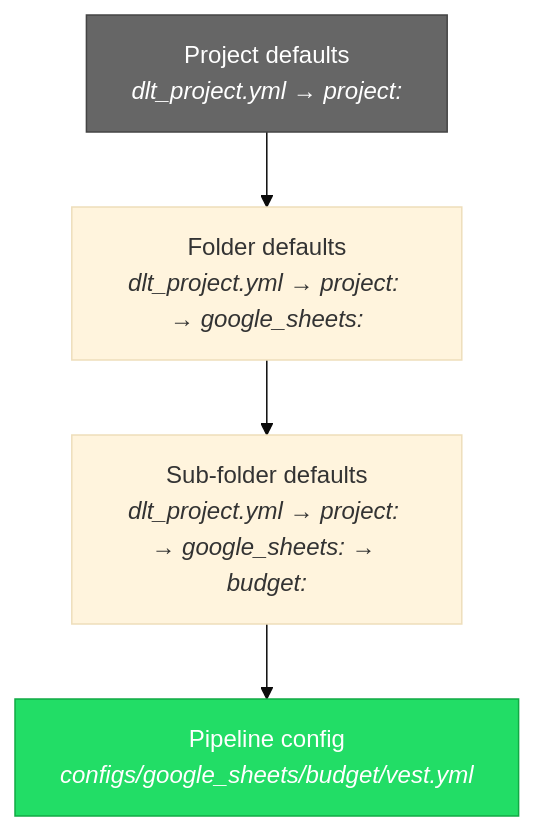
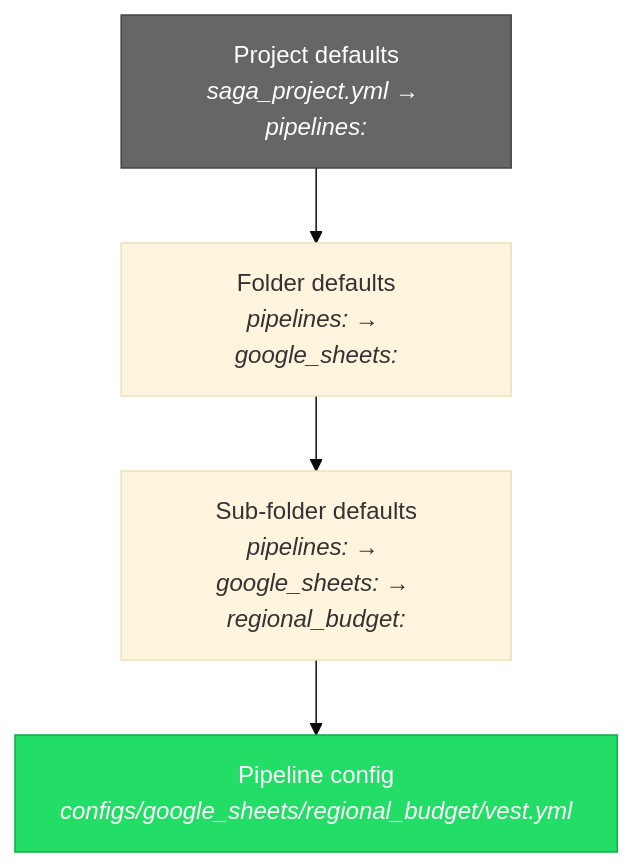
Before and after one commit to Glitni/dlt-saga: the diagram in wiki/Configuration.md, drawn with Mermaid (base theme). The commit also changed other lines of this file and 5 other files, not shown here.

Commit message:
docs: correct hierarchical config docs to saga_project.yml (#459)

````diff
--- a/wiki/Configuration.md
+++ b/wiki/Configuration.md
@@ -7,9 +7,9 @@
 ```mermaid
 graph TB
-    P["Project defaults<br/><i>dlt_project.yml → project:</i>"] --> F["Folder defaults<br/><i>dlt_project.yml → project: → google_sheets:</i>"]
-    F --> S["Sub-folder defaults<br/><i>dlt_project.yml → project: → google_sheets: → budget:</i>"]
-    S --> C["Pipeline config<br/><i>configs/google_sheets/budget/vest.yml</i>"]
+    P["Project defaults<br/><i>saga_project.yml → pipelines:</i>"] --> F["Folder defaults<br/><i>pipelines: → google_sheets:</i>"]
+    F --> S["Sub-folder defaults<br/><i>pipelines: → google_sheets: → regional_budget:</i>"]
+    S --> C["Pipeline config<br/><i>configs/google_sheets/regional_budget/vest.yml</i>"]
 
     style C fill:#2d6,stroke:#1a4,color:#fff
     style P fill:#666,stroke:#444,color:#fff
 ```
````
